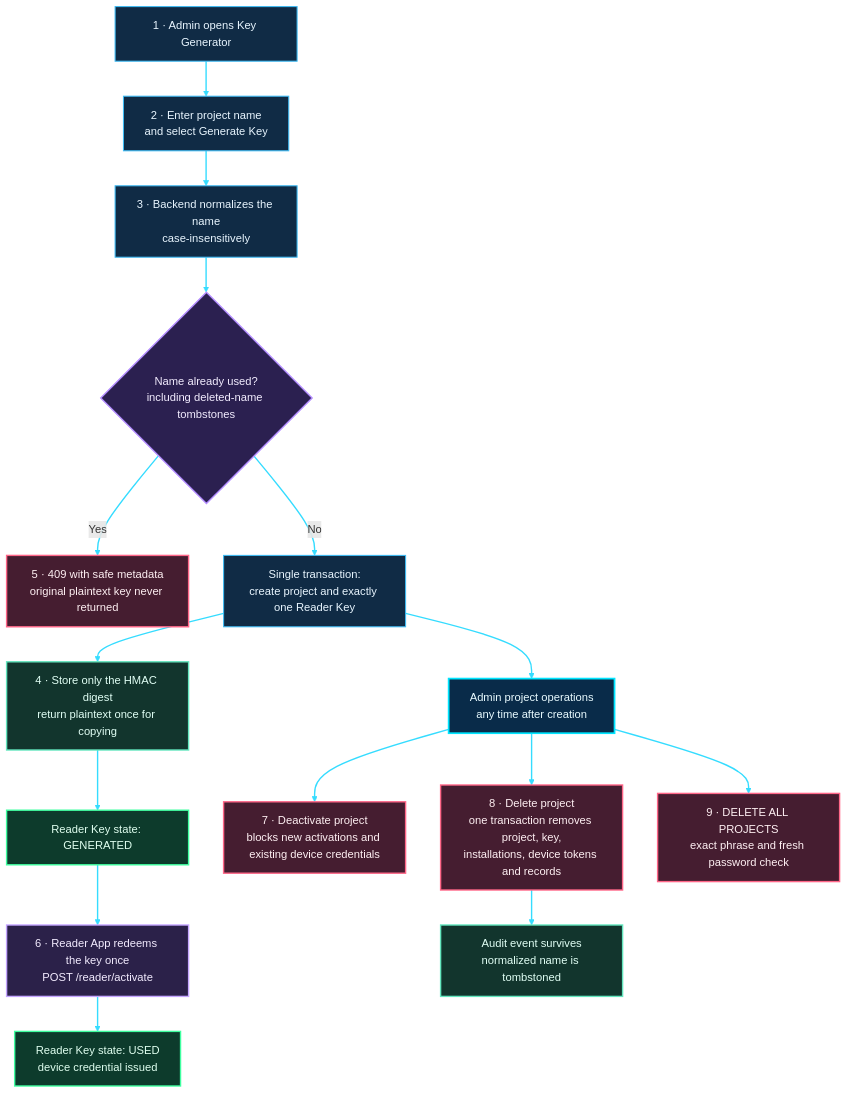
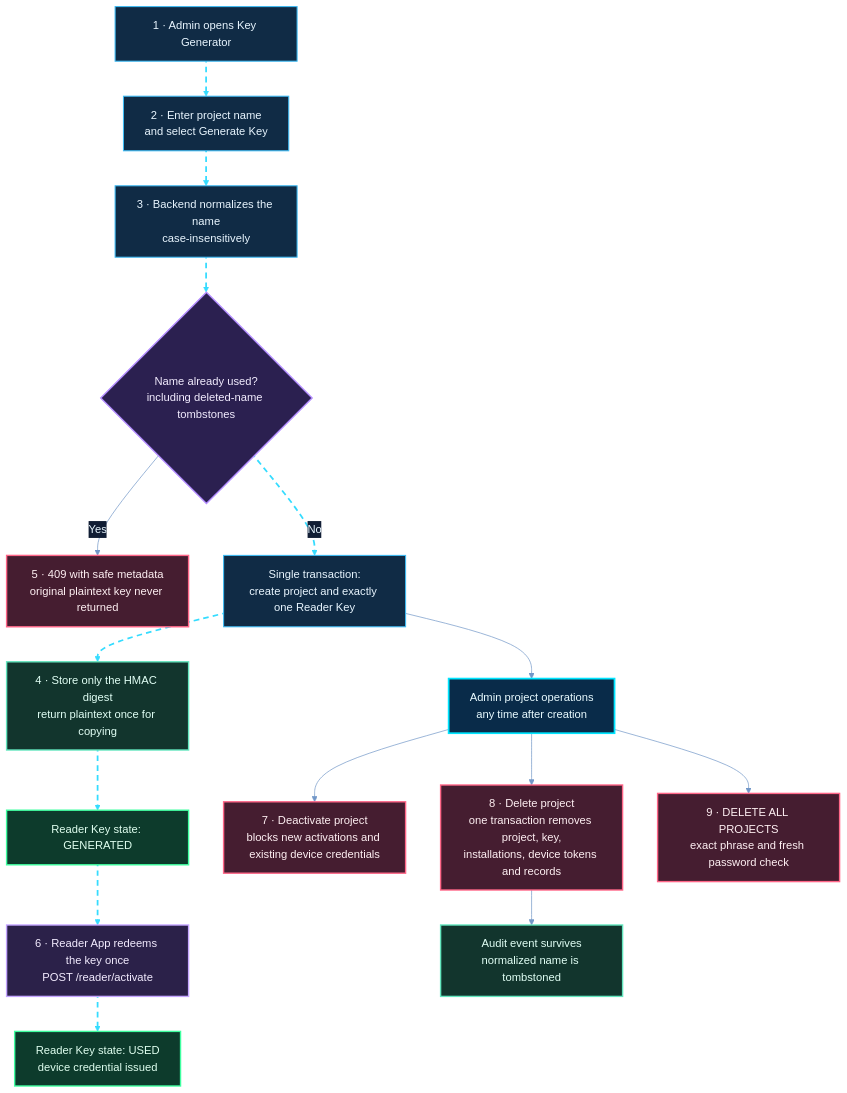
One commit to shajeduzzamanenan992008inc/NexOra-Database-key-Gen changed diagram 13 of 23 in README.md. Above: the diagram before and after it, drawn with Mermaid. The commit also changed other lines of this file, not shown here.

````diff
--- a/README.md
+++ b/README.md
@@ -1104,37 +1136,40 @@
 ```mermaid
+%%{init: {"theme":"base","themeVariables":{"darkMode":true,"background":"#07111f","primaryColor":"#102744","primaryTextColor":"#e8f7ff","primaryBorderColor":"#00d9ff","lineColor":"#7297c8","secondaryColor":"#261d45","secondaryTextColor":"#f3eaff","secondaryBorderColor":"#a78bfa","tertiaryColor":"#12332b","tertiaryTextColor":"#e0fff1","tertiaryBorderColor":"#41e6a2","fontFamily":"Inter, Segoe UI, sans-serif","edgeLabelBackground":"#101d34","mainBkg":"#102744","nodeBorder":"#00d9ff","clusterBkg":"#0b1930","clusterBorder":"#6f7dff","actorBkg":"#102744","actorBorder":"#00d9ff","actorTextColor":"#e8f7ff","signalColor":"#64d8ff","signalTextColor":"#e8f7ff","noteBkgColor":"#0e332b","noteBorderColor":"#41e6a2","noteTextColor":"#e0fff1"}}}%%
 flowchart TD
-    S1["1 · Admin opens Key Generator"] --> S2["2 · Enter project name<br/>and select Generate Key"]
-    S2 --> S3["3 · Backend normalizes the name<br/>case-insensitively"]
-    S3 --> Q1{"Name already used?<br/>including deleted-name tombstones"}
+    S1["1 · Admin opens Key Generator"] nx11e01@--> S2["2 · Enter project name<br/>and select Generate Key"]
+    S2 nx11e02@--> S3["3 · Backend normalizes the name<br/>case-insensitively"]
+    S3 nx11e03@--> Q1{"Name already used?<br/>including deleted-name tombstones"}
     Q1 -->|Yes| R409["5 · 409 with safe metadata<br/>original plaintext key never returned"]
-    Q1 -->|No| T1["Single transaction:<br/>create project and exactly one Reader Key"]
-    T1 --> T2["4 · Store only the HMAC digest<br/>return plaintext once for copying"]
-    T2 --> ST1["Reader Key state: GENERATED"]
-    ST1 --> RA["6 · Reader App redeems the key once<br/>POST /reader/activate"]
-    RA --> ST2["Reader Key state: USED<br/>device credential issued"]
+    Q1 nx11e04@-->|No| T1["Single transaction:<br/>create project and exactly one Reader Key"]
+    T1 nx11e05@--> T2["4 · Store only the HMAC digest<br/>return plaintext once for copying"]
+    T2 nx11e06@--> ST1["Reader Key state: GENERATED"]
+    ST1 nx11e07@--> RA["6 · Reader App redeems the key once<br/>POST /reader/activate"]
+    RA nx11e08@--> ST2["Reader Key state: USED<br/>device credential issued"]
     T1 --> OPS["Admin project operations<br/>any time after creation"]
     OPS --> DA["7 · Deactivate project<br/>blocks new activations and existing device credentials"]
     OPS --> DP["8 · Delete project<br/>one transaction removes project, key,<br/>installations, device tokens and records"]
     DP --> AU["Audit event survives<br/>normalized name is tombstoned"]
     OPS --> DAP["9 · DELETE ALL PROJECTS<br/>exact phrase and fresh password check"]
 
     %% OMEGA NEX-ORA visual classes
     %% OMEGA NEX-ORA / ULTRA NEON PALETTE
     classDef nxCore fill:#092b49,stroke:#00e5ff,stroke-width:2.5px,color:#e9fbff;
     classDef nxProcess fill:#102b45,stroke:#3dbcf5,stroke-width:1.5px,color:#e9f6ff;
     classDef nxDecision fill:#2b2050,stroke:#b38cff,stroke-width:2px,color:#f3edff;
     classDef nxSuccess fill:#0d3b2c,stroke:#3fffa0,stroke-width:2px,color:#e0fff0;
     classDef nxDanger fill:#451d30,stroke:#ff6688,stroke-width:2px,color:#fff0f3;
     classDef nxData fill:#12352d,stroke:#63e6be,stroke-width:2px,color:#e1fff5;
     classDef nxExternal fill:#2b2149,stroke:#c4a5ff,stroke-width:2px,color:#f3ecff;
     classDef nxInfo fill:#17253e,stroke:#91a7c9,stroke-width:1.5px,color:#e5efff;
     classDef nxWarning fill:#453116,stroke:#fbbf24,stroke-width:2px,color:#fff6d6;
+    %% Moving dashed route: Mermaid applies this class to explicitly identified edges.
+    classDef nxAnimated stroke:#35dcff,stroke-width:2.5px,stroke-dasharray:8\,6,stroke-dashoffset:1000,animation:dash 24s linear infinite;
     class S1,S2,S3,T1 nxProcess;
     class Q1 nxDecision;
     class R409,DA,DP,DAP nxDanger;
     class T2,AU nxData;
     class ST1,ST2 nxSuccess;
     class RA nxExternal;
     class OPS nxCore;
-    linkStyle default stroke:#35dcff,stroke-width:2px;
+    class nx11e01,nx11e02,nx11e03,nx11e04,nx11e05,nx11e06,nx11e07,nx11e08 nxAnimated;
 ```
````
